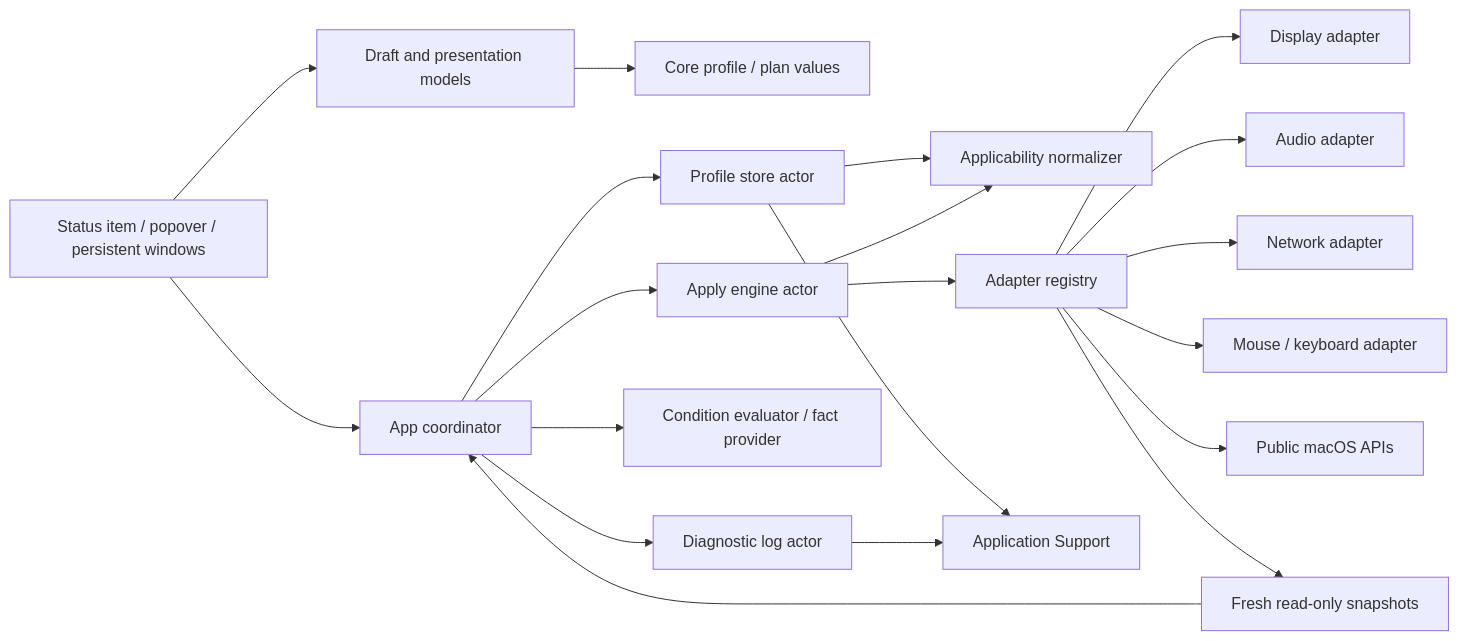
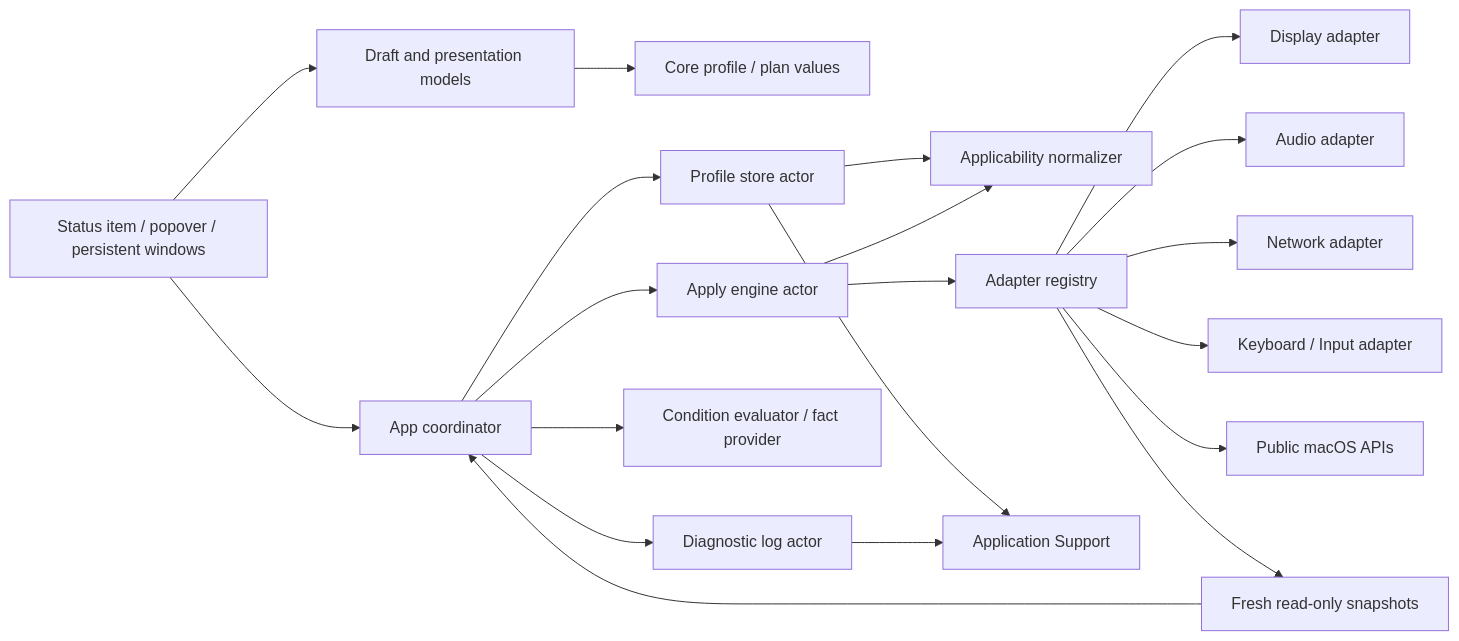
The first of 2 diagrams in docs/ARCHITECTURE.md (GGULBAE/desk-setup-switcher), drawn with Mermaid before and after one commit. The commit also changed other lines of this file and 62 other files, not shown here.

````diff
--- a/docs/ARCHITECTURE.md
+++ b/docs/ARCHITECTURE.md
@@ -31,22 +31,22 @@
 ```mermaid
 flowchart LR
     UI["Status item / popover / persistent windows"] --> Presentation["Draft and presentation models"]
     Presentation --> CoreValues["Core profile / plan values"]
     UI --> Coordinator["App coordinator"]
     Coordinator --> Store["Profile store actor"]
     Store --> Normalizer["Applicability normalizer"]
     Coordinator --> Diagnostics["Diagnostic log actor"]
     Coordinator --> Conditions["Condition evaluator / fact provider"]
     Coordinator --> Engine["Apply engine actor"]
     Engine --> Registry["Adapter registry"]
     Engine --> Normalizer
     Registry --> Display["Display adapter"]
     Registry --> Audio["Audio adapter"]
     Registry --> Network["Network adapter"]
-    Registry --> Input["Mouse / keyboard adapter"]
+    Registry --> Input["Keyboard / Input adapter"]
     Store --> AppSupport["Application Support"]
     Diagnostics --> AppSupport
     Registry --> macOS["Public macOS APIs"]
     Registry --> ReadBack["Fresh read-only snapshots"]
     ReadBack --> Coordinator
 ```
````
